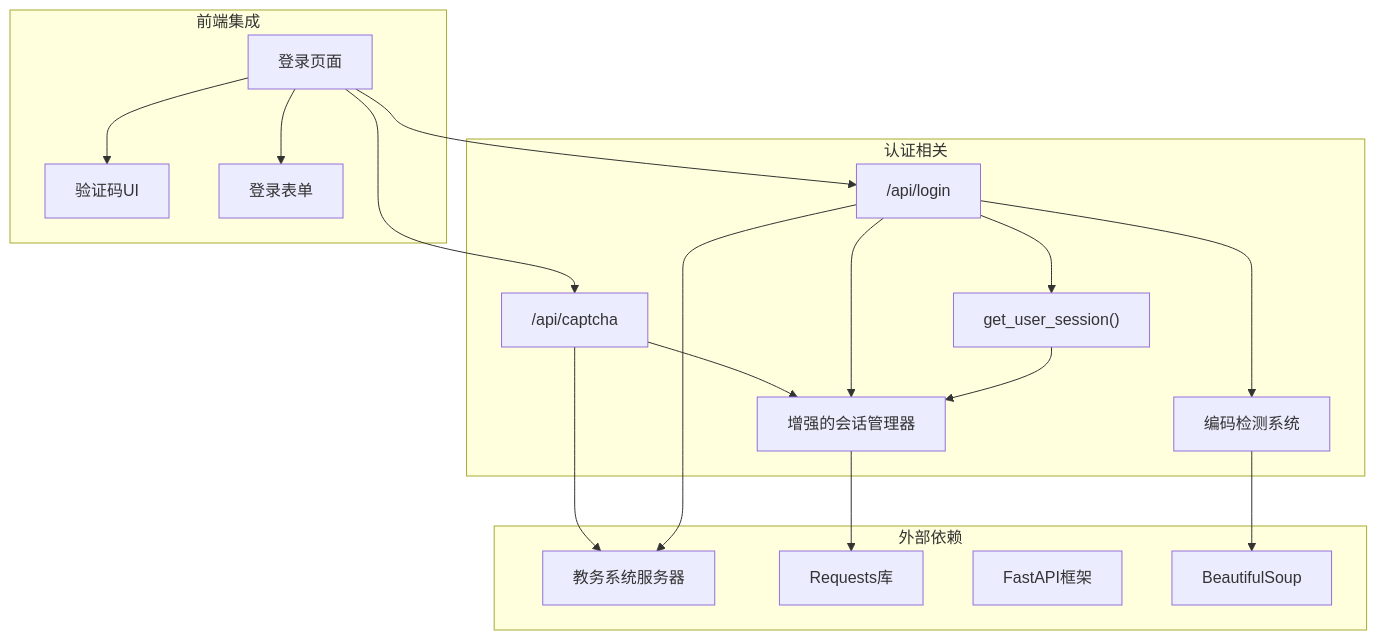
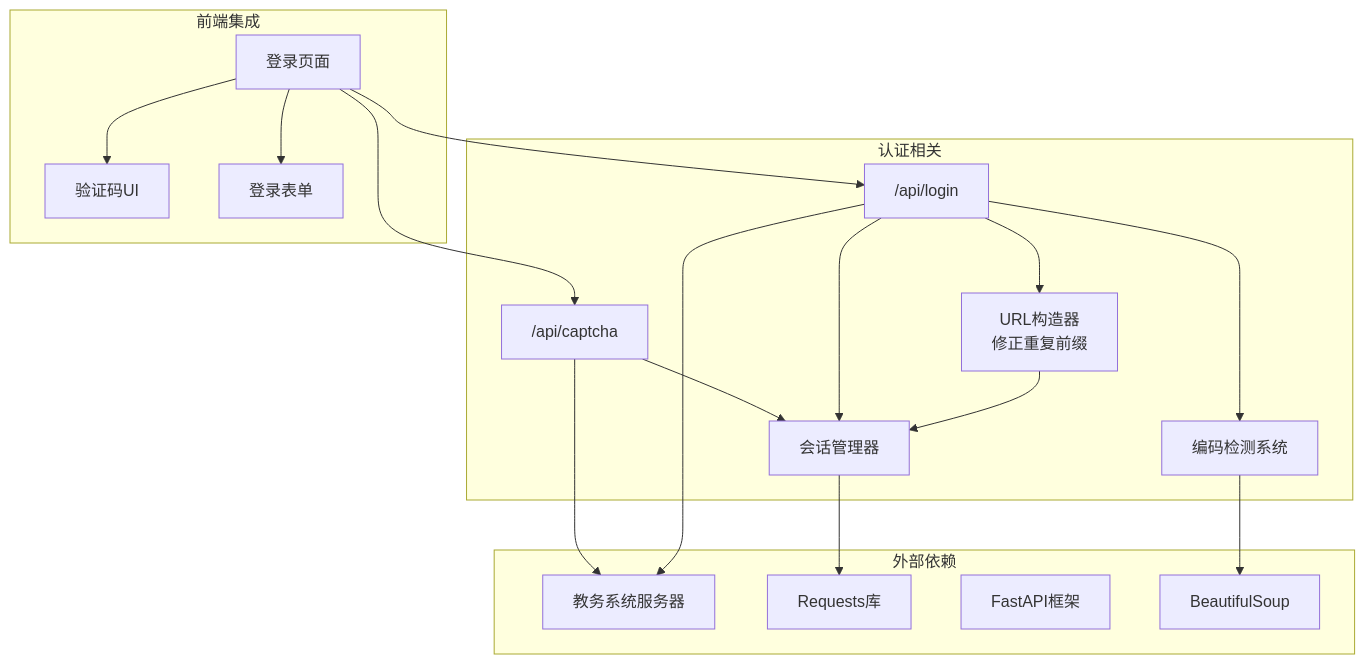
Before and after one commit to ghbbn053-ship-itsoulddog/soulddog: the sixth of 6 diagrams in .qoder/repowiki/zh/content/后端API文档/用户认证API.md, drawn with Mermaid. The commit also changed other lines of this file and 6 other files, not shown here.

````diff
--- a/.qoder/repowiki/zh/content/后端API文档/用户认证API.md
+++ b/.qoder/repowiki/zh/content/后端API文档/用户认证API.md
@@ -388,34 +371,34 @@
 ```mermaid
 graph TB
 subgraph "认证相关"
 CaptchaAPI["/api/captcha"]
 LoginAPI["/api/login"]
-SessionMgr["增强的会话管理器"]
-Helper["get_user_session()"]
+SessionMgr["会话管理器"]
+URLBuilder["URL构造器<br/>修正重复前缀"]
 EncodingSystem["编码检测系统"]
 end
 subgraph "前端集成"
 LoginPage["登录页面"]
 CaptchaUI["验证码UI"]
 LoginForm["登录表单"]
 end
 subgraph "外部依赖"
 JWXT["教务系统服务器"]
 Requests["Requests库"]
 FastAPI["FastAPI框架"]
 BeautifulSoup["BeautifulSoup"]
 end
 LoginPage --> CaptchaAPI
 LoginPage --> LoginAPI
 CaptchaAPI --> SessionMgr
 LoginAPI --> SessionMgr
-LoginAPI --> Helper
+LoginAPI --> URLBuilder
 LoginAPI --> EncodingSystem
 SessionMgr --> Requests
-Helper --> SessionMgr
+URLBuilder --> SessionMgr
 EncodingSystem --> BeautifulSoup
 CaptchaAPI --> JWXT
 LoginAPI --> JWXT
 LoginPage --> CaptchaUI
 LoginPage --> LoginForm
 ```
````
